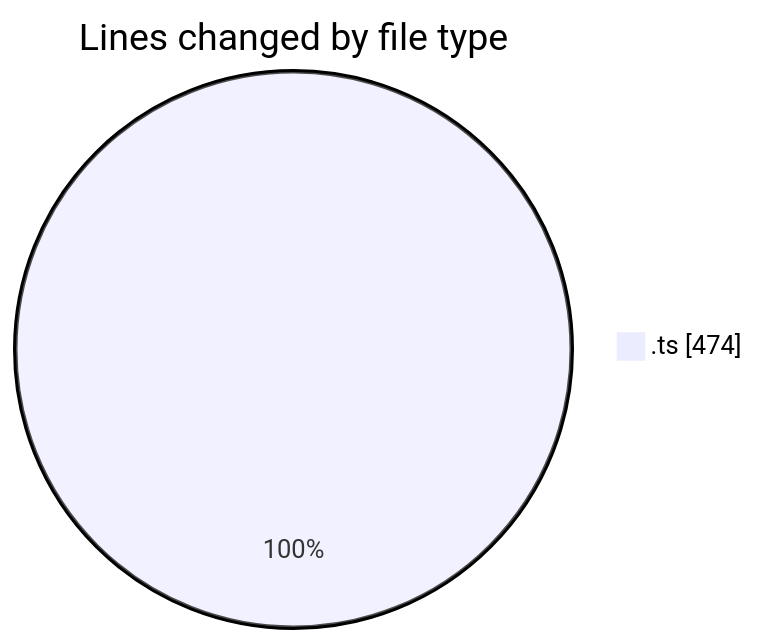
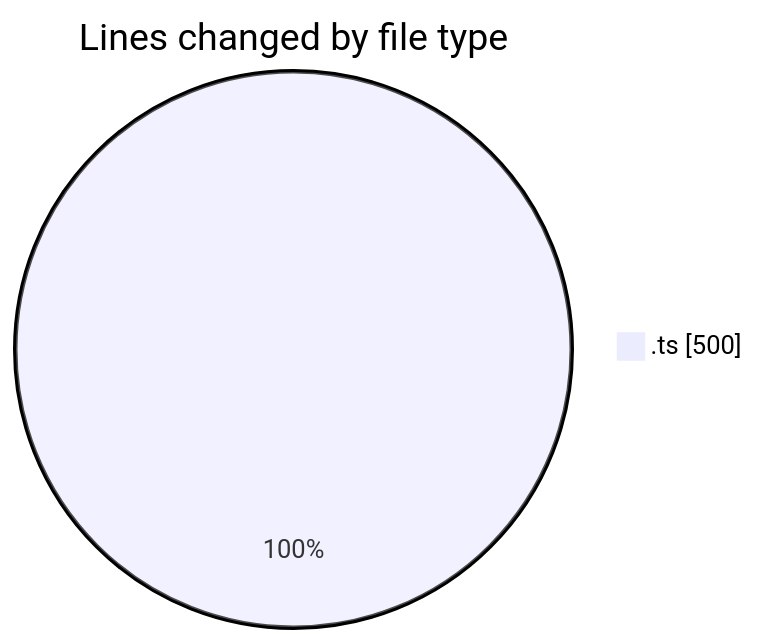
The first of 2 diagrams in 2026-02-08/singularitybrainai/README.md (tmsrecording-cyber/code-tracking), drawn with Mermaid before and after one commit. The commit also changed other lines of this file and 1 other file, not shown here.

````diff
--- a/2026-02-08/singularitybrainai/README.md
+++ b/2026-02-08/singularitybrainai/README.md
@@ -20,5 +20,5 @@
 ```mermaid
 pie showData
 title Lines changed by file type
-".ts" : 474
+".ts" : 500
 ```
````
